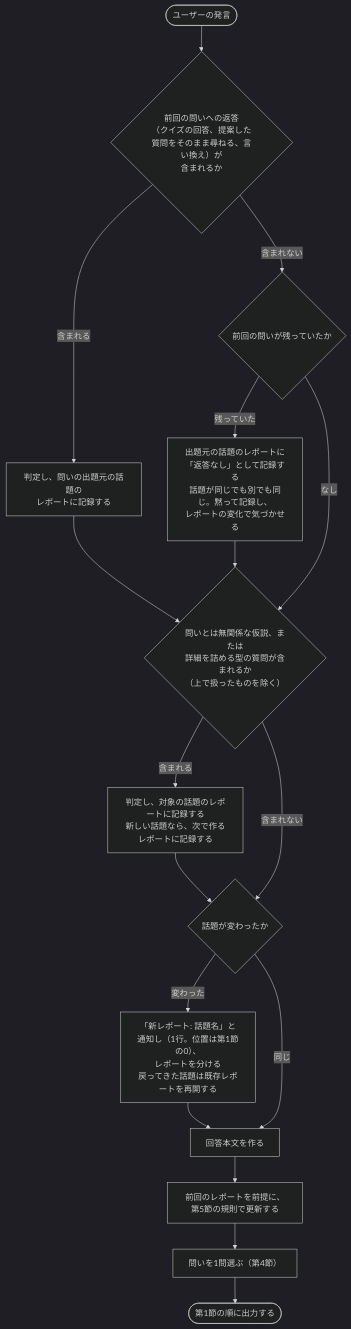
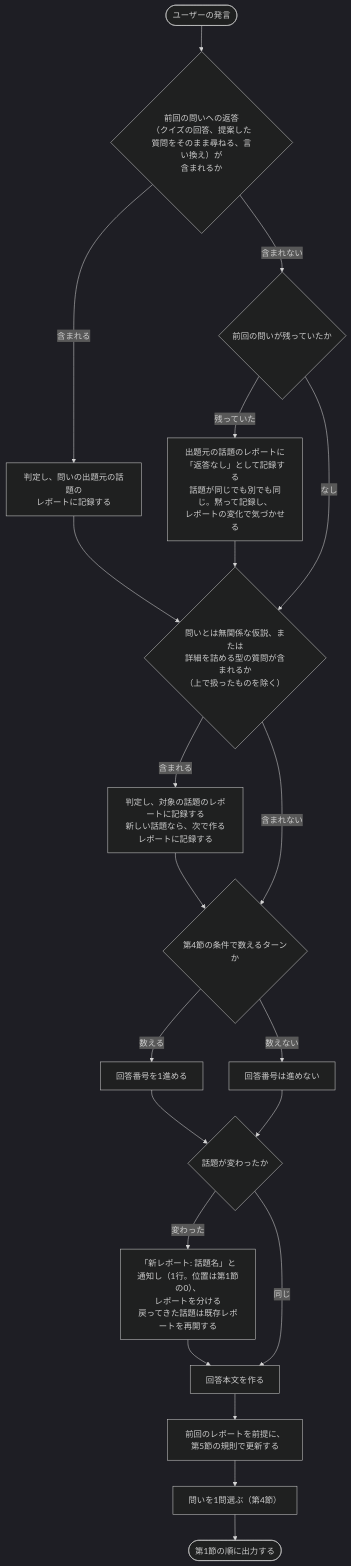
The first of 3 diagrams in skills/rikai/SKILL.md (kokuto821/rikai), drawn with Mermaid (dark theme) before and after one commit. The commit also changed other lines of this file, not shown here.

````diff
--- a/skills/rikai/SKILL.md
+++ b/skills/rikai/SKILL.md
@@ -37,21 +38,26 @@
 ```mermaid
 flowchart TD
     Start(["ユーザーの発言"]) --> HasAnswer{"前回の問いへの返答<br/>（クイズの回答、提案した質問をそのまま尋ねる、言い換え）が<br/>含まれるか"}
     HasAnswer -- "含まれる" --> JudgeAnswer["判定し、問いの出題元の話題の<br/>レポートに記録する"]
     HasAnswer -- "含まれない" --> Pending{"前回の問いが残っていたか"}
     Pending -- "残っていた" --> NoReply["出題元の話題のレポートに<br/>「返答なし」として記録する<br/>話題が同じでも別でも同じ。黙って記録し、<br/>レポートの変化で気づかせる"]
     Pending -- "なし" --> HasFree
     JudgeAnswer --> HasFree
     NoReply --> HasFree
     HasFree{"問いとは無関係な仮説、または<br/>詳細を詰める型の質問が含まれるか<br/>（上で扱ったものを除く）"}
     HasFree -- "含まれる" --> JudgeFree["判定し、対象の話題のレポートに記録する<br/>新しい話題なら、次で作るレポートに記録する"]
-    HasFree -- "含まれない" --> Topic
-    JudgeFree --> Topic
+    HasFree -- "含まれない" --> Count
+    JudgeFree --> Count
+    Count{"第4節の条件で数えるターンか"}
+    Count -- "数える" --> Inc["回答番号を1進める"]
+    Count -- "数えない" --> Keep["回答番号は進めない"]
+    Inc --> Topic
+    Keep --> Topic
     Topic{"話題が変わったか"}
     Topic -- "変わった" --> Split["「新レポート: 話題名」と通知し（1行。位置は第1節の0）、<br/>レポートを分ける<br/>戻ってきた話題は既存レポートを再開する"]
     Topic -- "同じ" --> Body
     Split --> Body
     Body["回答本文を作る"] --> Report["前回のレポートを前提に、第5節の規則で更新する"]
     Report --> Pick["問いを1問選ぶ（第4節）"]
     Pick --> Out(["第1節の順に出力する"])
 ```
````
